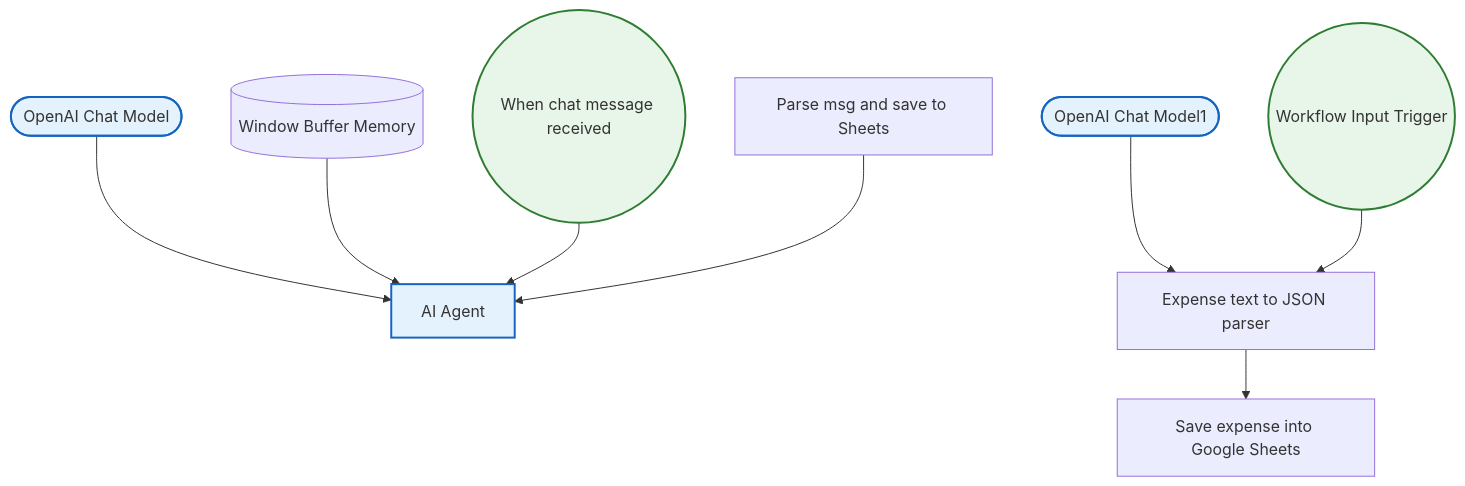
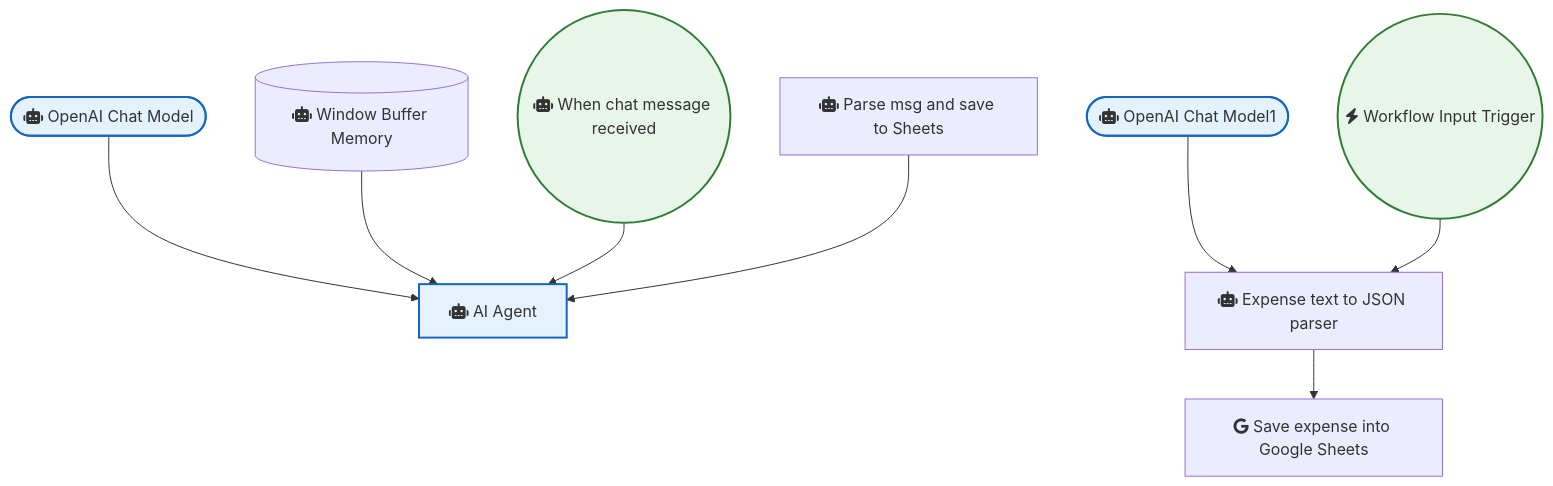
Before and after one commit to sreyash3105/N8N-DEMO-AUTOMATIONS: the diagram in Google_Drive_and_Google_Sheets/Ai Agent Expense Tracker in Google Sheets and N8n Chat.md, drawn with Mermaid. The commit also changed 291 other files, not shown here.

````diff
--- a/Google_Drive_and_Google_Sheets/Ai Agent Expense Tracker in Google Sheets and N8n Chat.md
+++ b/Google_Drive_and_Google_Sheets/Ai Agent Expense Tracker in Google Sheets and N8n Chat.md
@@ -1,24 +1,24 @@
 ```mermaid
 graph TD
     classDef trigger fill:#e8f5e9,stroke:#2e7d32,stroke-width:2px;
     classDef ai fill:#e3f2fd,stroke:#1565c0,stroke-width:2px;
     classDef logic fill:#fff3e0,stroke:#ef6c00,stroke-width:2px;
 
-    AI_Agent["AI Agent"]:::ai
-    When_chat_message_received(("When chat message received")):::trigger
-    Workflow_Input_Trigger(("Workflow Input Trigger")):::trigger
-    OpenAI_Chat_Model(["OpenAI Chat Model"]):::ai
-    Window_Buffer_Memory[("Window Buffer Memory")]
-    OpenAI_Chat_Model1(["OpenAI Chat Model1"]):::ai
-    Expense_text_to_JSON_parser["Expense text to JSON parser"]
-    Save_expense_into_Google_Sheets["Save expense into Google Sheets"]
-    Parse_msg_and_save_to_Sheets["Parse msg and save to Sheets"]
+    AI_Agent["fas:fa-robot AI Agent"]:::ai
+    When_chat_message_received(("fas:fa-robot When chat message received")):::trigger
+    Workflow_Input_Trigger(("fas:fa-bolt Workflow Input Trigger")):::trigger
+    OpenAI_Chat_Model(["fas:fa-robot OpenAI Chat Model"]):::ai
+    Window_Buffer_Memory[("fas:fa-robot Window Buffer Memory")]
+    OpenAI_Chat_Model1(["fas:fa-robot OpenAI Chat Model1"]):::ai
+    Expense_text_to_JSON_parser["fas:fa-robot Expense text to JSON parser"]
+    Save_expense_into_Google_Sheets["fab:fa-google Save expense into Google Sheets"]
+    Parse_msg_and_save_to_Sheets["fas:fa-robot Parse msg and save to Sheets"]
 
     OpenAI_Chat_Model --> AI_Agent
     OpenAI_Chat_Model1 --> Expense_text_to_JSON_parser
     Window_Buffer_Memory --> AI_Agent
     Workflow_Input_Trigger --> Expense_text_to_JSON_parser
     When_chat_message_received --> AI_Agent
     Expense_text_to_JSON_parser --> Save_expense_into_Google_Sheets
     Parse_msg_and_save_to_Sheets --> AI_Agent
 ```
````
